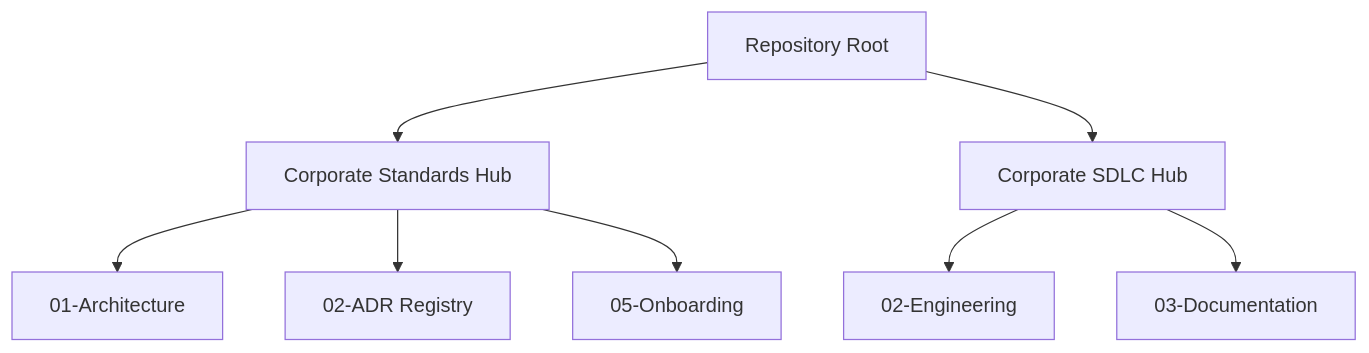
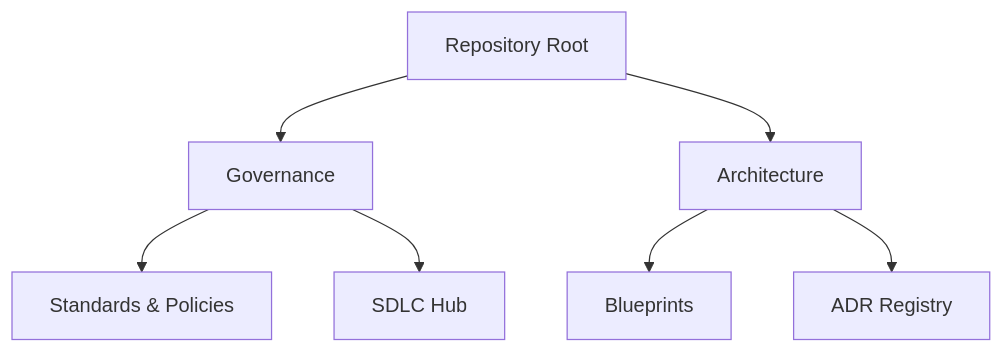
Before and after one commit to beyondnetcode/arc32_nodejs_progresive_monolith: the diagram in MASTER_INDEX.md, drawn with Mermaid. The commit also changed other lines of this file and 303 other files, not shown here.

````diff
--- a/MASTER_INDEX.md
+++ b/MASTER_INDEX.md
@@ -38,12 +32,11 @@
 ```mermaid
 graph TD
-    ROOT[Repository Root] --> CS[Corporate Standards Hub]
-    ROOT --> SDLC[Corporate SDLC Hub]
+    ROOT[Repository Root] --> GOV[Governance]
+    ROOT --> ARC[Architecture]
     
-    CS --> Architecture["01-Architecture"]
-    CS --> ADRs["02-ADR Registry"]
-    CS --> Onboard["05-Onboarding"]
+    GOV --> Standards[Standards & Policies]
+    GOV --> SDLC[SDLC Hub]
     
-    SDLC --> Engineering["02-Engineering"]
-    SDLC --> Docs["03-Documentation"]
+    ARC --> Blueprints[Blueprints]
+    ARC --> ADRs[ADR Registry]
 ```
````
